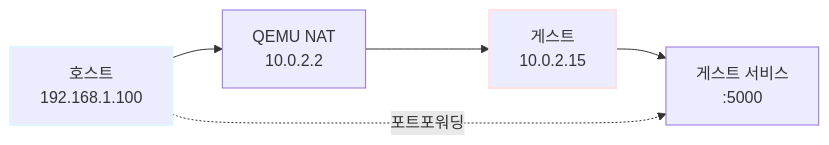
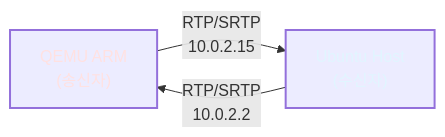
Before and after one commit to c0z0c/blog: the second of 7 diagrams in 검토/251106_Yocto_WebRTC.md, drawn with Mermaid. The commit also changed other lines of this file and 4 other files, not shown here.

````diff
--- a/검토/251106_Yocto_WebRTC.md
+++ b/검토/251106_Yocto_WebRTC.md
@@ -427,10 +340,8 @@
 ```mermaid
 graph LR
-    A["호스트<br/>192.168.1.100"] --> B["QEMU NAT<br/>10.0.2.2"]
-    B --> C["게스트<br/>10.0.2.15"]
-    C --> D["게스트 서비스<br/>:5000"]
-    A -.포트포워딩.-> D
+    A["QEMU ARM<br/>(송신자)"] -->|"RTP/SRTP<br/>10.0.2.15"| B["Ubuntu Host<br/>(수신자)"]
+    B -->|"RTP/SRTP<br/>10.0.2.2"| A
     
-    style A stroke-width:2px,stroke:#e1f5ff
-    style C stroke-width:2px,stroke:#ffe1e1
+    style A stroke-width:2px,color:#ffe1e1
+    style B stroke-width:2px,color:#e1f5ff
 ```
````
